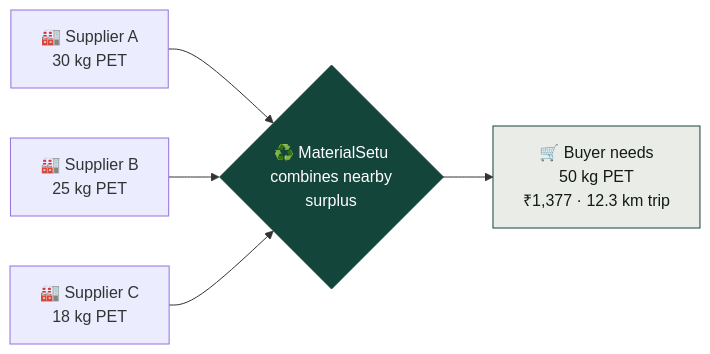
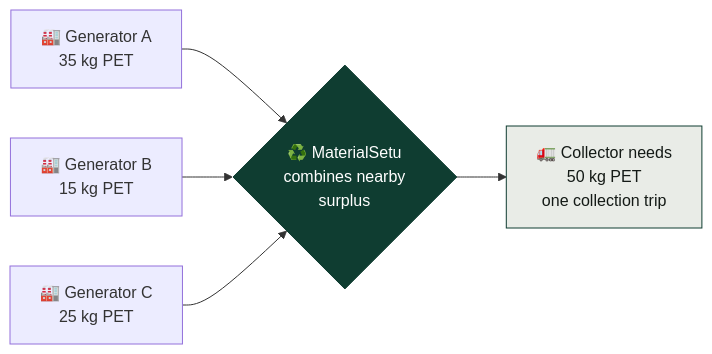
Before and after one commit to Dhruvil1308/MaterialSetu-for-HackOut-26: the first of 5 diagrams in README.md, drawn with Mermaid. The commit also changed other lines of this file and 19 other files, not shown here.

````diff
--- a/README.md
+++ b/README.md
@@ -53,10 +64,10 @@
 ```mermaid
 flowchart LR
-    A["🏭 Supplier A<br/>30 kg PET"] --> P
-    B["🏭 Supplier B<br/>25 kg PET"] --> P
-    C["🏭 Supplier C<br/>18 kg PET"] --> P
-    P{"♻️ MaterialSetu<br/>combines nearby<br/>surplus"} --> D["🛒 Buyer needs<br/>50 kg PET<br/>₹1,377 · 12.3 km trip"]
+    A["🏭 Generator A<br/>35 kg PET"] --> P
+    B["🏭 Generator B<br/>15 kg PET"] --> P
+    C["🏭 Generator C<br/>25 kg PET"] --> P
+    P{"♻️ MaterialSetu<br/>combines nearby<br/>surplus"} --> D["🚛 Collector needs<br/>50 kg PET<br/>one collection trip"]
 
-    style P fill:#14453a,color:#fff,stroke:#14453a
-    style D fill:#e9ece7,stroke:#14453a,color:#141a16
+    style P fill:#0f3d31,color:#fff,stroke:#0f3d31
+    style D fill:#e9ece7,stroke:#0f3d31,color:#141a16
 ```
````
